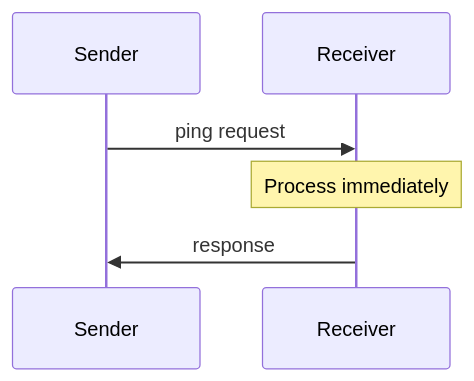
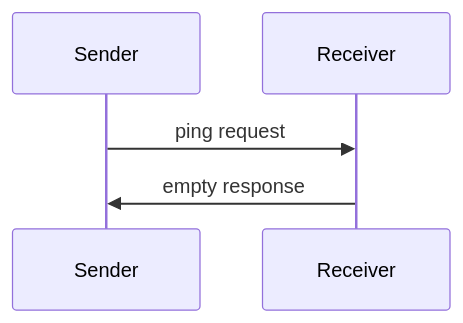
Before and after one commit to zcstarr/modelcontextprotocol: the diagram in docs/specification/basic/utilities/ping.md, drawn with Mermaid. The commit also changed other lines of this file, not shown here.

````diff
--- a/docs/specification/basic/utilities/ping.md
+++ b/docs/specification/basic/utilities/ping.md
@@ -38,9 +47,8 @@
 ```mermaid
 sequenceDiagram
     participant Sender
     participant Receiver
 
     Sender->>Receiver: ping request
-    Note over Receiver: Process immediately
-    Receiver->>Sender: response
+    Receiver->>Sender: empty response
 ```
````
